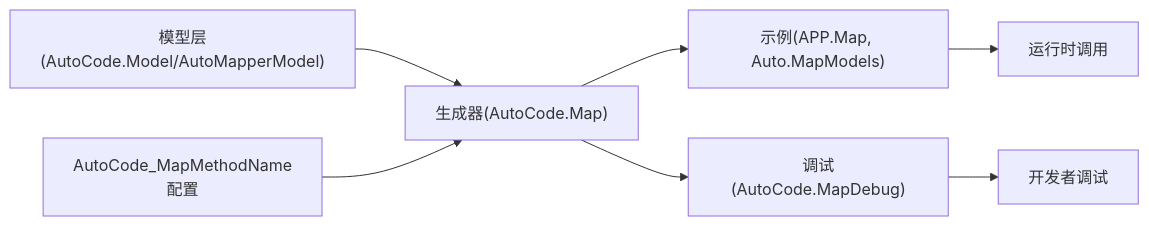
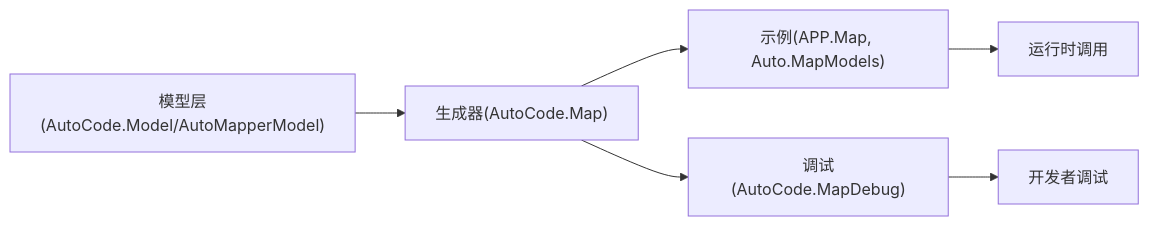
One commit to alivy/AutoCode changed the fourth of 4 diagrams in .qoder/repowiki/zh/content/映射框架/映射框架.md. Above: the diagram before and after it, drawn with Mermaid. The commit also changed other lines of this file and 152 other files, not shown here.

````diff
--- a/.qoder/repowiki/zh/content/映射框架/映射框架.md
+++ b/.qoder/repowiki/zh/content/映射框架/映射框架.md
@@ -325,9 +302,8 @@
 ```mermaid
 graph LR
 Model["模型层(AutoCode.Model/AutoMapperModel)"] --> Generator["生成器(AutoCode.Map)"]
 Generator --> Example["示例(APP.Map, Auto.MapModels)"]
 Generator --> Debug["调试(AutoCode.MapDebug)"]
 Example --> Runtime["运行时调用"]
 Debug --> Developer["开发者调试"]
-Config["AutoCode_MapMethodName配置"] --> Generator
 ```
````
